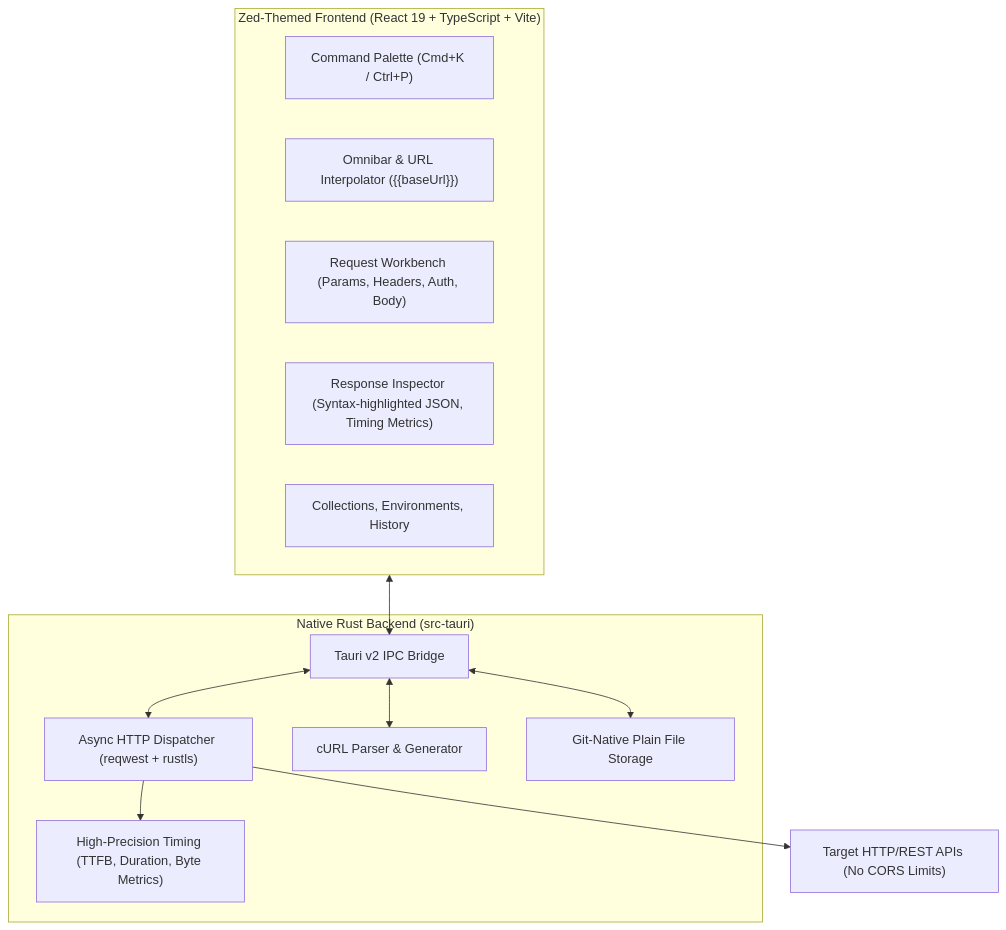
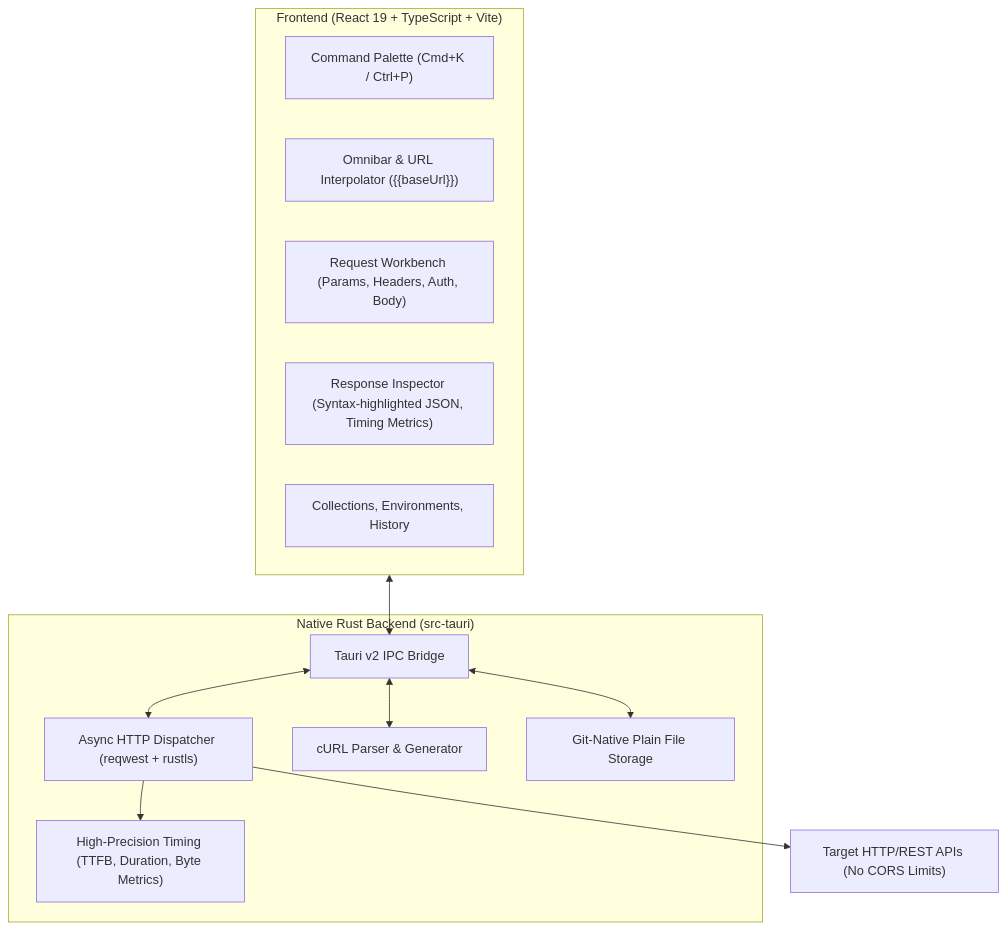
Before and after one commit to Kavin-Nithil/Reqcraft: the diagram in README.md, drawn with Mermaid. The commit also changed other lines of this file, not shown here.

````diff
--- a/README.md
+++ b/README.md
@@ -38,23 +38,23 @@
 ```mermaid
 flowchart TB
-    subgraph UI["Zed-Themed Frontend (React 19 + TypeScript + Vite)"]
+    subgraph UI["Frontend (React 19 + TypeScript + Vite)"]
         Palette["Command Palette (Cmd+K / Ctrl+P)"]
         Omnibar["Omnibar & URL Interpolator ({{baseUrl}})"]
         Tabs["Request Workbench (Params, Headers, Auth, Body)"]
         Inspector["Response Inspector (Syntax-highlighted JSON, Timing Metrics)"]
         Sidebar["Collections, Environments, History"]
     end
 
     subgraph Core["Native Rust Backend (src-tauri)"]
         IPC["Tauri v2 IPC Bridge"]
         HttpEngine["Async HTTP Dispatcher (reqwest + rustls)"]
         Timer["High-Precision Timing (TTFB, Duration, Byte Metrics)"]
         CurlEngine["cURL Parser & Generator"]
         StorageEngine["Git-Native Plain File Storage"]
     end
 
     UI <--> IPC
     IPC <--> HttpEngine & CurlEngine & StorageEngine
     HttpEngine --> Timer
     HttpEngine --> TargetAPI["Target HTTP/REST APIs (No CORS Limits)"]
 ```
````
